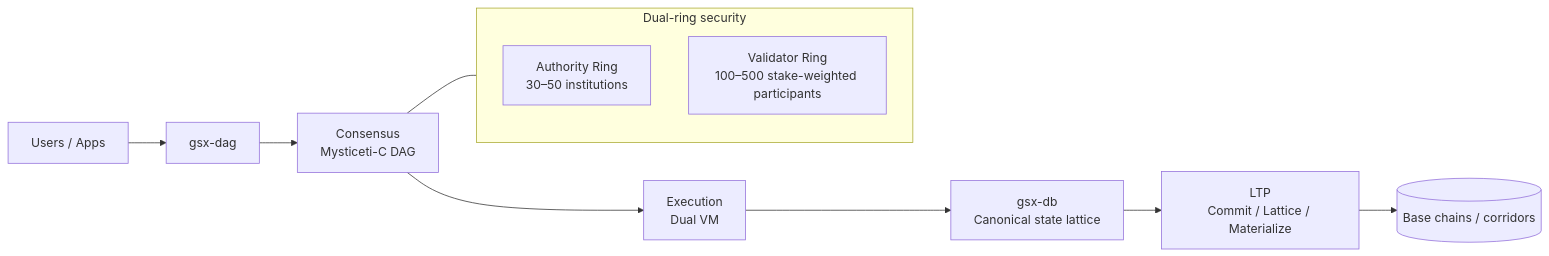
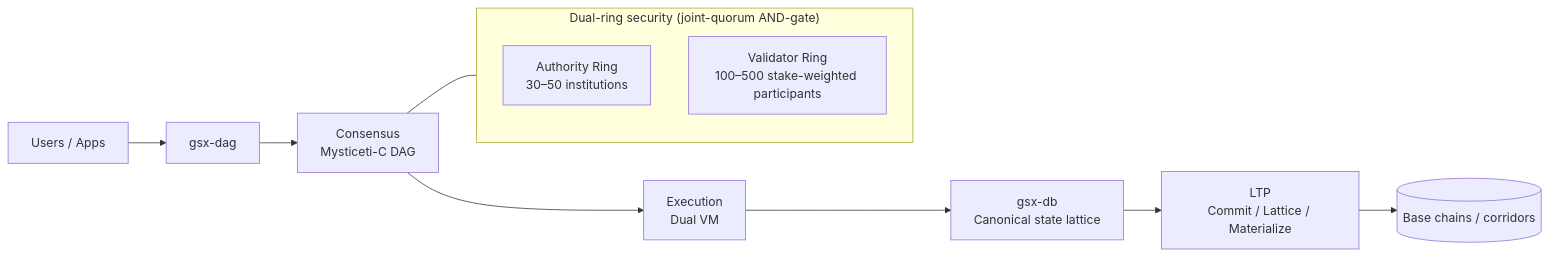
One commit to Suwappu-Labs/suwappu-dag changed the diagram in docs/visuals/mermaid/gsx-dag.md. Above: the diagram before and after it, drawn with Mermaid. The commit also changed 16 other files, not shown here.

````diff
--- a/docs/visuals/mermaid/gsx-dag.md
+++ b/docs/visuals/mermaid/gsx-dag.md
@@ -3,14 +3,14 @@
 ```mermaid
 flowchart LR
-  Users[Users / Apps] --> DAG[gsx-dag]
-  DAG --> C[Consensus<br/>Mysticeti-C DAG]
-  C --> E[Execution<br/>Dual VM]
-  E --> DB[gsx-db<br/>Canonical state lattice]
-  DB --> LTP[LTP<br/>Commit / Lattice / Materialize]
-  LTP --> Corridors[(Base chains / corridors)]
-  subgraph Rings[Dual-ring security]
-    A[Authority Ring<br/>30–50 institutions]
-    V[Validator Ring<br/>100–500 stake-weighted participants]
+  Users["Users / Apps"] --> DAG["gsx-dag"]
+  DAG --> C["Consensus<br/>Mysticeti-C DAG"]
+  C --> E["Execution<br/>Dual VM"]
+  E --> DB["gsx-db<br/>Canonical state lattice"]
+  DB --> LTP["LTP<br/>Commit / Lattice / Materialize"]
+  LTP --> Corridors[("Base chains / corridors")]
+  subgraph Rings ["Dual-ring security (joint-quorum AND-gate)"]
+    A["Authority Ring<br/>30–50 institutions"]
+    V["Validator Ring<br/>100–500 stake-weighted participants"]
   end
   C --- Rings
 ```
````
